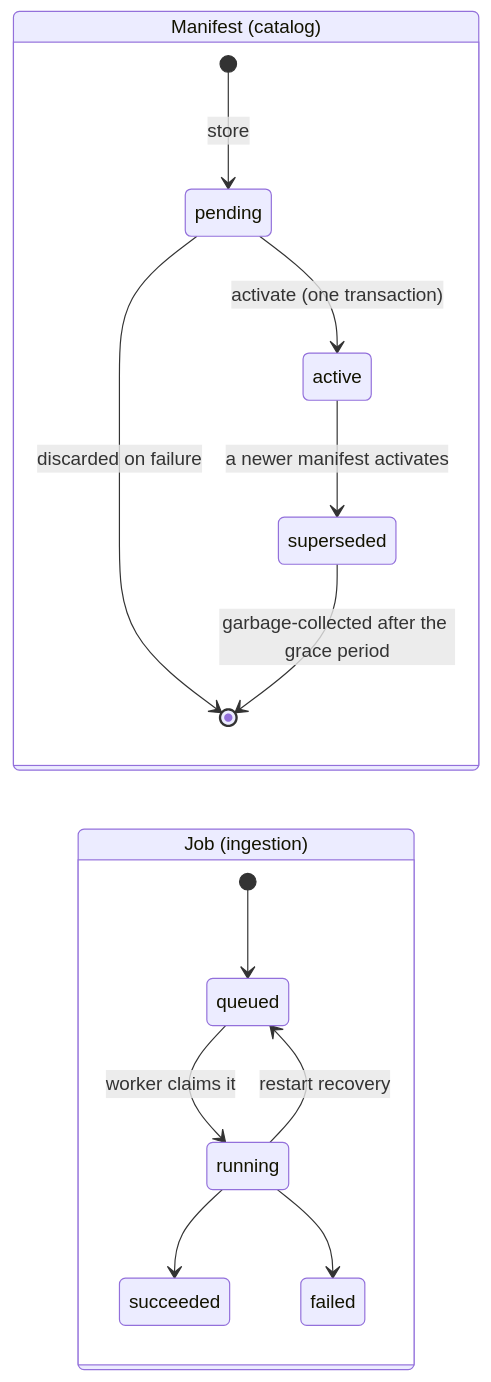
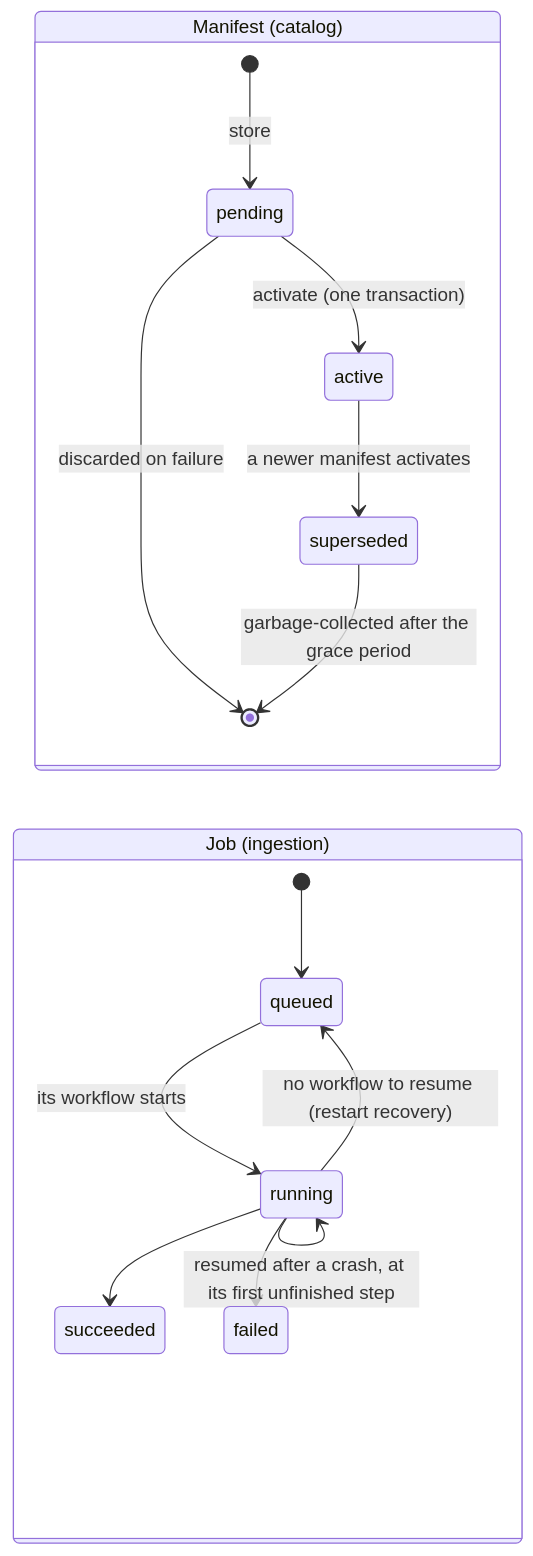
One commit to SirCypkowskyy/ExactDocs changed the fourth of 5 diagrams in docs/architecture.md. Above: the diagram before and after it, drawn with Mermaid. The commit also changed other lines of this file and 51 other files, not shown here.

````diff
--- a/docs/architecture.md
+++ b/docs/architecture.md
@@ -329,18 +331,19 @@
 ```mermaid
 stateDiagram-v2
     direction LR
     state "Manifest (catalog)" as M {
         [*] --> pending: store
         pending --> active: activate (one transaction)
         active --> superseded: a newer manifest activates
         pending --> [*]: discarded on failure
         superseded --> [*]: garbage-collected after the grace period
     }
     state "Job (ingestion)" as J {
         [*] --> queued
-        queued --> running: worker claims it
+        queued --> running: its workflow starts
         running --> succeeded
         running --> failed
-        running --> queued: restart recovery
+        running --> running: resumed after a crash, at its first unfinished step
+        running --> queued: no workflow to resume (restart recovery)
     }
 ```
````
